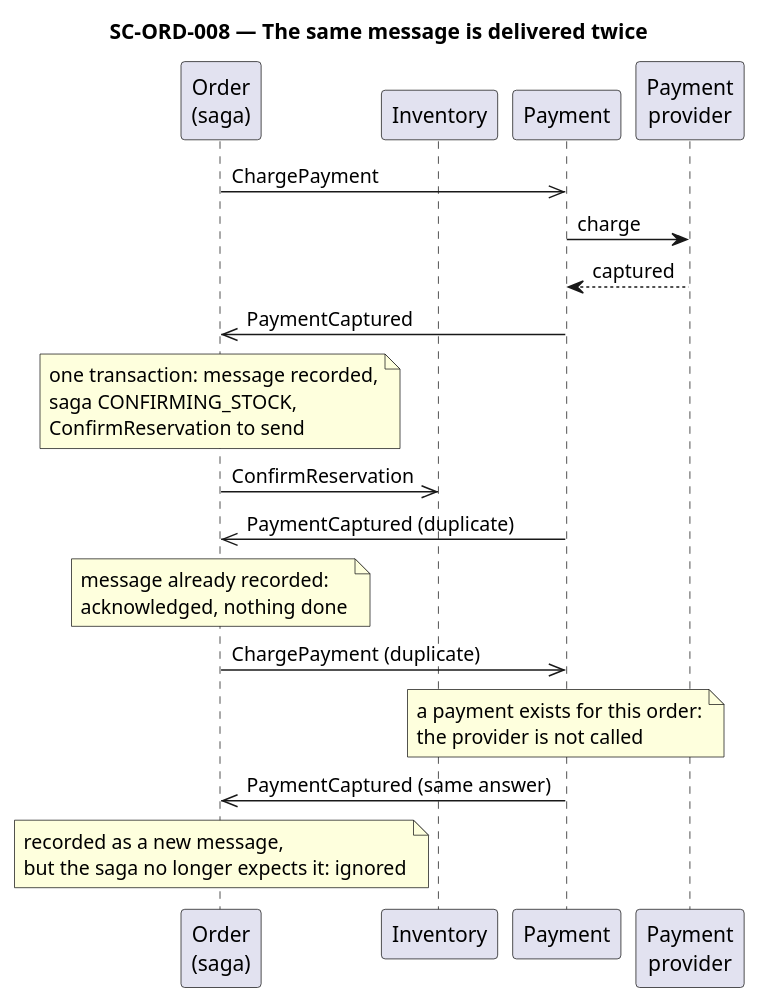
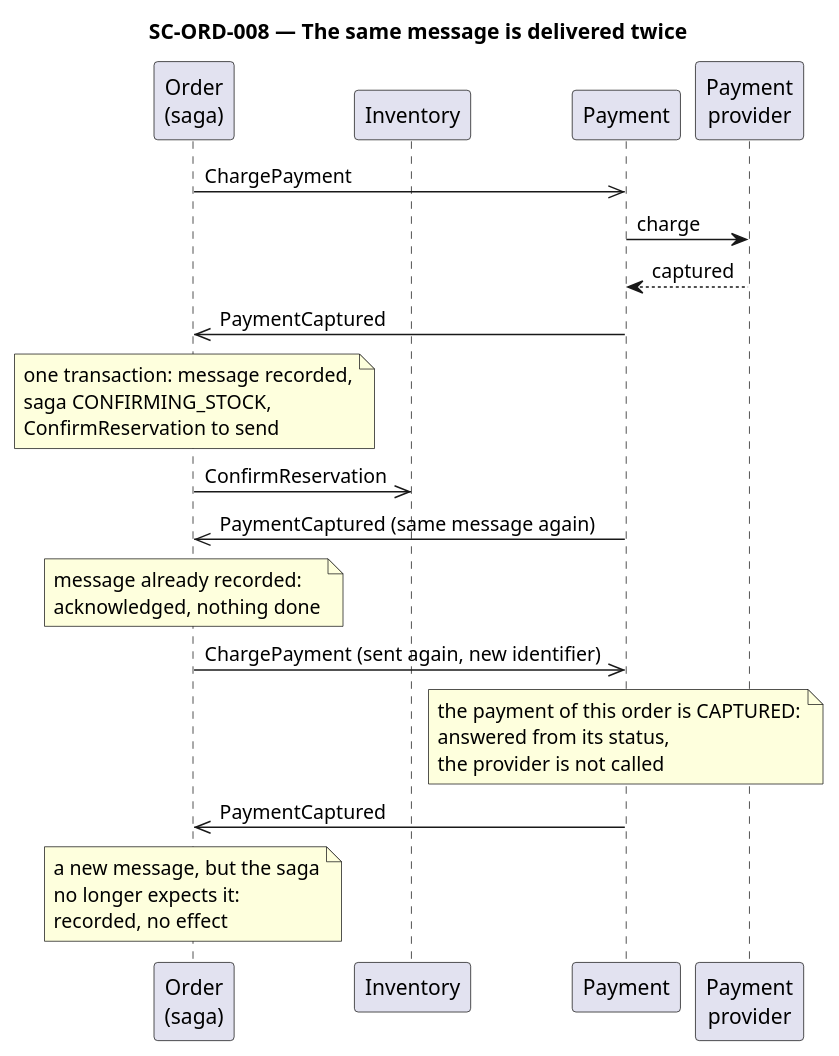
The diagram in doc/2-spec/03-event-driven-architecture/diagrams/sc-ord-008.puml (AxeloLabs/alten-commerce-platform), drawn with PlantUML before and after one commit. The commit also changed 40 other files, not shown here.

```diff
--- a/doc/2-spec/03-event-driven-architecture/diagrams/sc-ord-008.puml
+++ b/doc/2-spec/03-event-driven-architecture/diagrams/sc-ord-008.puml
@@ -1,20 +1,20 @@
 @startuml
 title SC-ORD-008 — The same message is delivered twice
 participant "Order\n(saga)" as O
 participant "Inventory" as I
 participant "Payment" as P
 participant "Payment\nprovider" as PSP
 
 O ->> P : ChargePayment
 P -> PSP : charge
 PSP --> P : captured
 P ->> O : PaymentCaptured
 note over O : one transaction: message recorded,\nsaga CONFIRMING_STOCK,\nConfirmReservation to send
 O ->> I : ConfirmReservation
-P ->> O : PaymentCaptured (duplicate)
+P ->> O : PaymentCaptured (same message again)
 note over O : message already recorded:\nacknowledged, nothing done
-O ->> P : ChargePayment (duplicate)
-note over P : a payment exists for this order:\nthe provider is not called
-P ->> O : PaymentCaptured (same answer)
-note over O : recorded as a new message,\nbut the saga no longer expects it: ignored
+O ->> P : ChargePayment (sent again, new identifier)
+note over P : the payment of this order is CAPTURED:\nanswered from its status,\nthe provider is not called
+P ->> O : PaymentCaptured
+note over O : a new message, but the saga\nno longer expects it:\nrecorded, no effect
 @enduml
```
